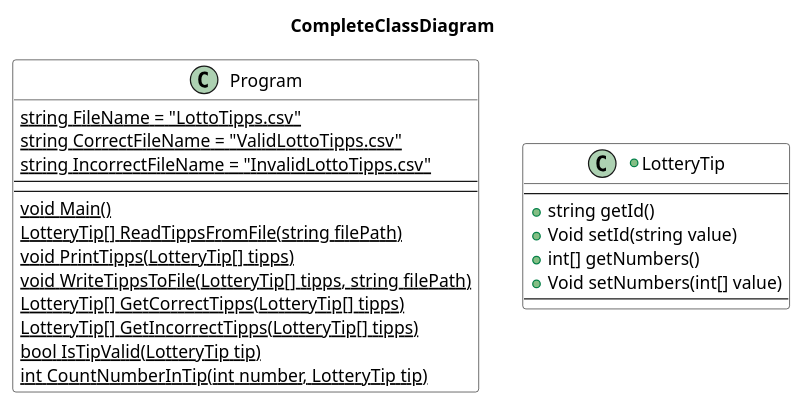
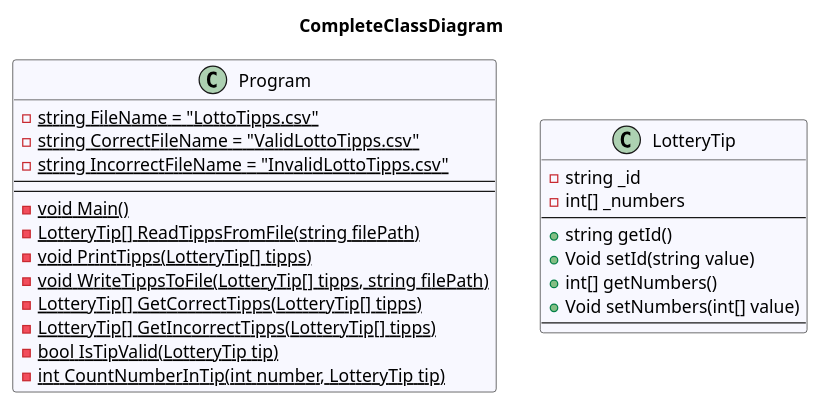
One commit to leoggehrer/2324-34_ABIF_ACIF_POSE changed the diagram in LotteryChecker.ConApp/diagrams/CompleteClassDiagram.puml. Above: the diagram before and after it, drawn with PlantUML. The commit also changed 6 other files, not shown here.

Commit message:
Generated diagrams.

```diff
--- a/LotteryChecker.ConApp/diagrams/CompleteClassDiagram.puml
+++ b/LotteryChecker.ConApp/diagrams/CompleteClassDiagram.puml
@@ -1,26 +1,28 @@
 @startuml CompleteClassDiagram
 title CompleteClassDiagram
-class Program #White {
-  {static} string FileName = "LottoTipps.csv"
-  {static} string CorrectFileName = "ValidLottoTipps.csv"
-  {static} string IncorrectFileName = "InvalidLottoTipps.csv"
+class Program #GhostWhite {
+  - {static} string FileName = "LottoTipps.csv"
+  - {static} string CorrectFileName = "ValidLottoTipps.csv"
+  - {static} string IncorrectFileName = "InvalidLottoTipps.csv"
 ---
 ---
-{static} void Main()
-{static} LotteryTip[] ReadTippsFromFile(string filePath)
-{static} void PrintTipps(LotteryTip[] tipps)
-{static} void WriteTippsToFile(LotteryTip[] tipps, string filePath)
-{static} LotteryTip[] GetCorrectTipps(LotteryTip[] tipps)
-{static} LotteryTip[] GetIncorrectTipps(LotteryTip[] tipps)
-{static} bool IsTipValid(LotteryTip tip)
-{static} int CountNumberInTip(int number, LotteryTip tip)
+-{static} void Main()
+-{static} LotteryTip[] ReadTippsFromFile(string filePath)
+-{static} void PrintTipps(LotteryTip[] tipps)
+-{static} void WriteTippsToFile(LotteryTip[] tipps, string filePath)
+-{static} LotteryTip[] GetCorrectTipps(LotteryTip[] tipps)
+-{static} LotteryTip[] GetIncorrectTipps(LotteryTip[] tipps)
+-{static} bool IsTipValid(LotteryTip tip)
+-{static} int CountNumberInTip(int number, LotteryTip tip)
 }
-+class LotteryTip #White {
+class LotteryTip #GhostWhite {
+-string _id
+-int[] _numbers
 ---
-+ string getId()
-+ Void setId(string value)
-+ int[] getNumbers()
-+ Void setNumbers(int[] value)
++string getId()
++Void setId(string value)
++int[] getNumbers()
++Void setNumbers(int[] value)
 ---
 }
 @enduml
```
